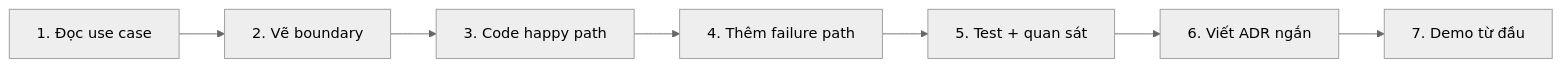
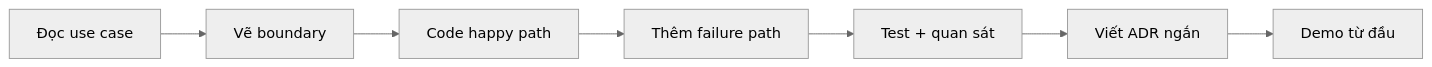
One commit to dangthobach/dangthobach.github.io changed the diagram in quartz/content/Go-Microservices-Mastery/01-Phuong-phap-hoc-va-Definition-of-Done.md. Above: the diagram before and after it, drawn with Mermaid (neutral theme). The commit also changed 27 other files, not shown here.

````diff
--- a/quartz/content/Go-Microservices-Mastery/01-Phuong-phap-hoc-va-Definition-of-Done.md
+++ b/quartz/content/Go-Microservices-Mastery/01-Phuong-phap-hoc-va-Definition-of-Done.md
@@ -17,9 +17,9 @@
 ```mermaid
 flowchart LR
-    A["1. Đọc use case"] --> B["2. Vẽ boundary"]
-    B --> C["3. Code happy path"]
-    C --> D["4. Thêm failure path"]
-    D --> E["5. Test + quan sát"]
-    E --> F["6. Viết ADR ngắn"]
-    F --> G["7. Demo từ đầu"]
+    A["Đọc use case"] --> B["Vẽ boundary"]
+    B --> C["Code happy path"]
+    C --> D["Thêm failure path"]
+    D --> E["Test + quan sát"]
+    E --> F["Viết ADR ngắn"]
+    F --> G["Demo từ đầu"]
 ```
````
